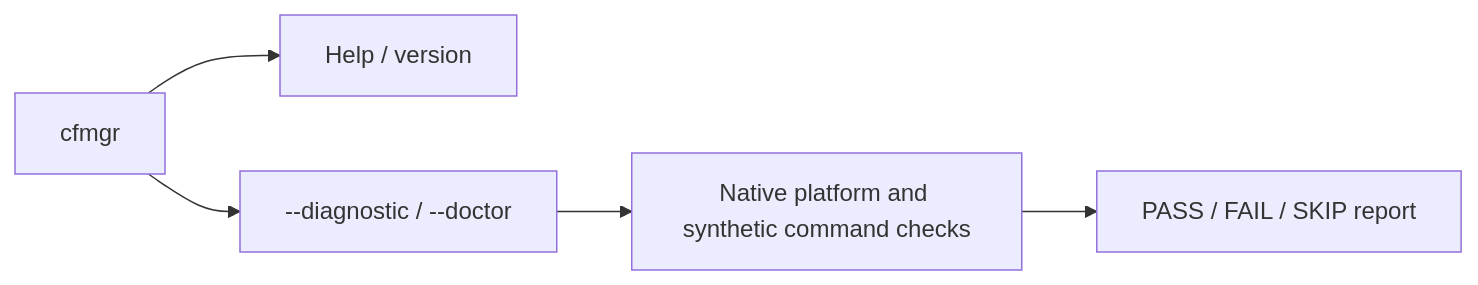
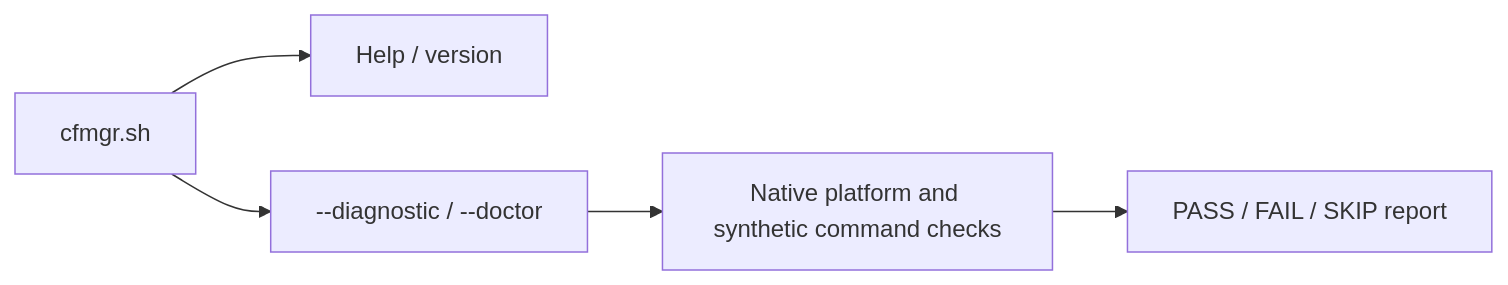
Before and after one commit to XxUnkn0wnxX/CFMgr: the diagram in docs/architecture.md, drawn with Mermaid. The commit also changed other lines of this file and 19 other files, not shown here.

````diff
--- a/docs/architecture.md
+++ b/docs/architecture.md
@@ -18,7 +23,7 @@
 ```mermaid
 flowchart LR
-    CLI[cfmgr] --> Help[Help / version]
+    CLI[cfmgr.sh] --> Help[Help / version]
     CLI --> Doctor[--diagnostic / --doctor]
     Doctor --> Native[Native platform and synthetic command checks]
     Native --> Report[PASS / FAIL / SKIP report]
 ```
````
